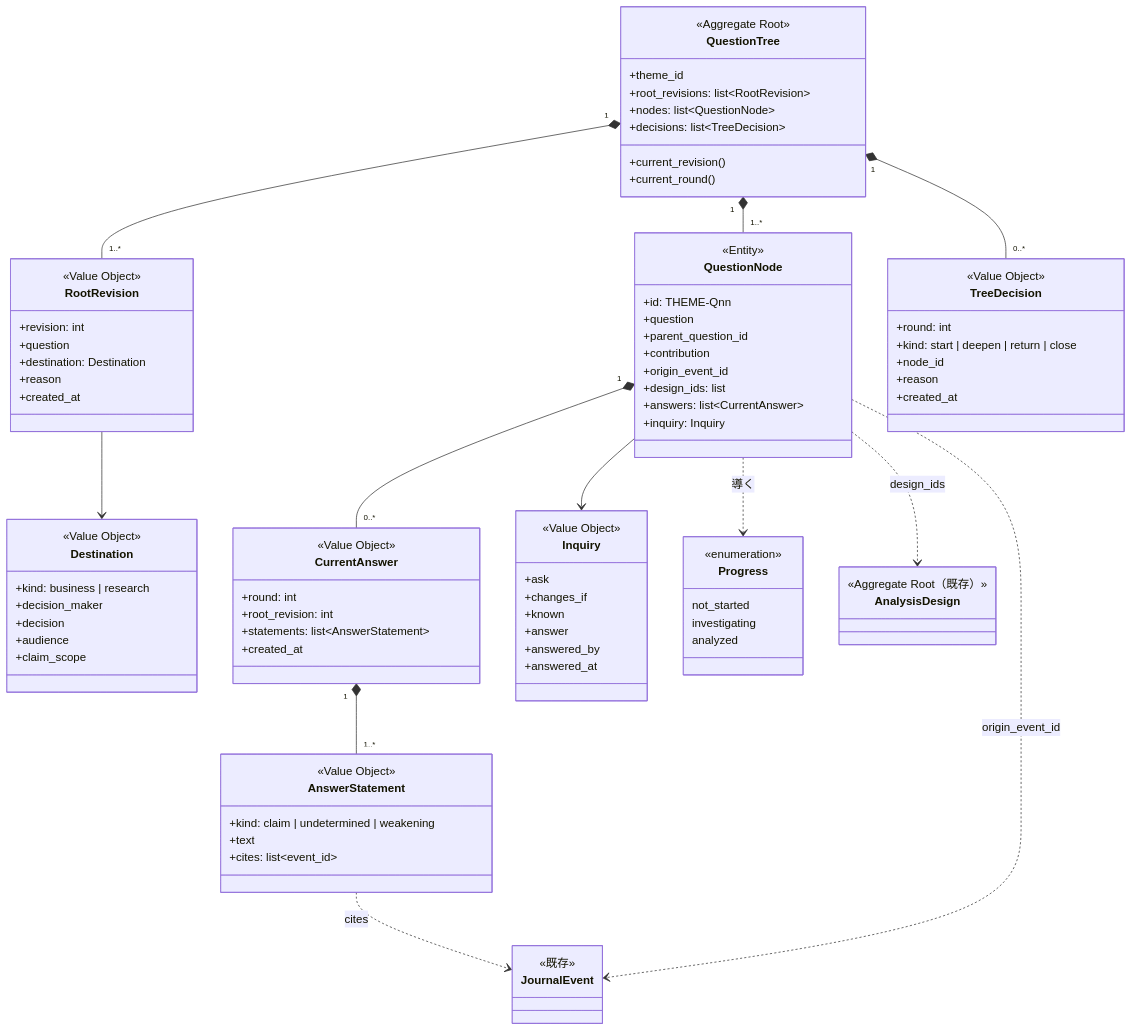
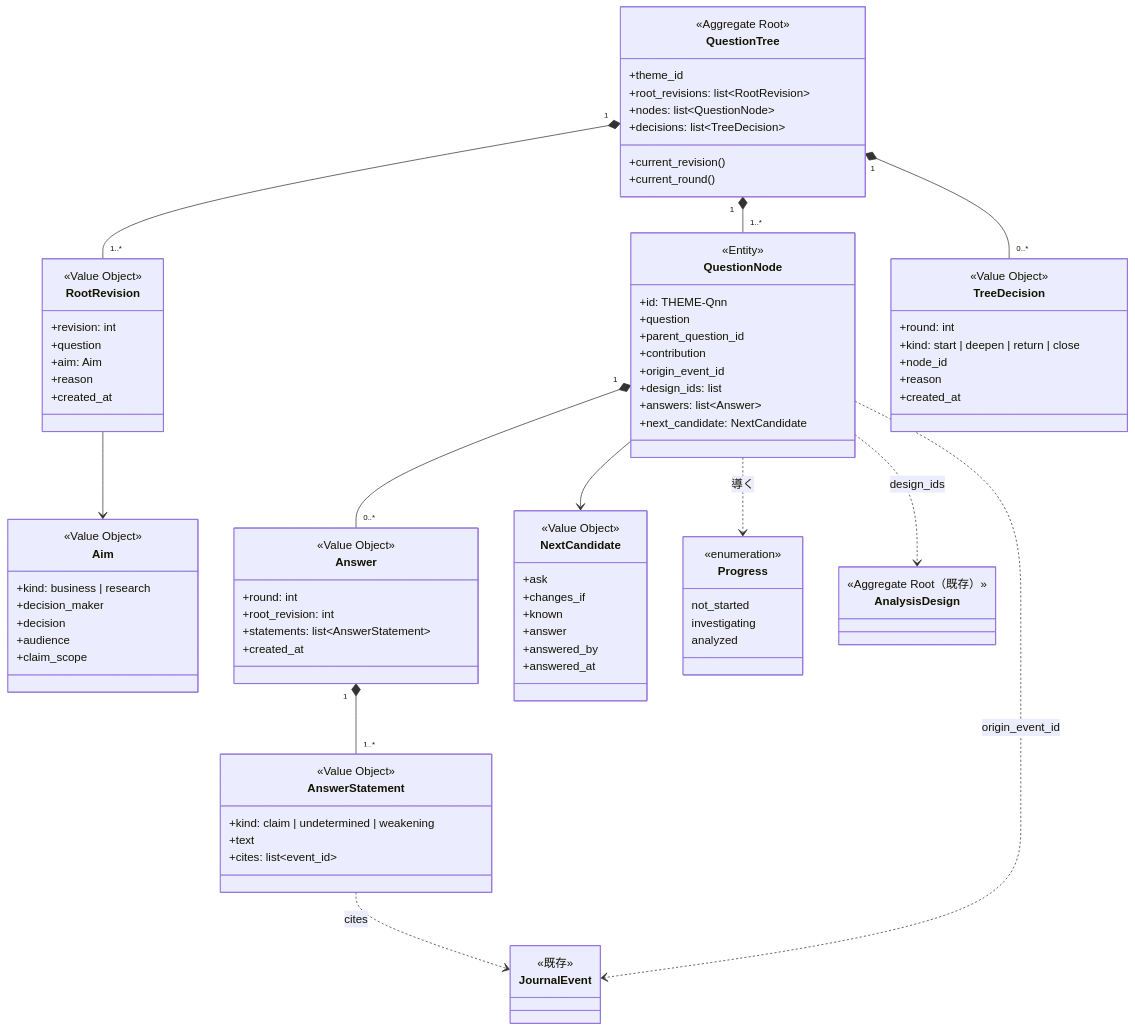
Before and after one commit to etoyama/insight-blueprint-skills: the second of 3 diagrams in docs/design/epic-18-question-tree.md, drawn with Mermaid. The commit also changed other lines of this file and 13 other files, not shown here.

```diff
--- a/docs/design/epic-18-question-tree.md
+++ b/docs/design/epic-18-question-tree.md
@@ -226,11 +230,11 @@
         <<Value Object>>
         +revision: int
         +question
-        +destination: Destination
+        +aim: Aim
         +reason
         +created_at
     }
-    class Destination {
+    class Aim {
         <<Value Object>>
         +kind: business | research
         +decision_maker
@@ -246,10 +250,10 @@
         +contribution
         +origin_event_id
         +design_ids: list
-        +answers: list~CurrentAnswer~
-        +inquiry: Inquiry
+        +answers: list~Answer~
+        +next_candidate: NextCandidate
     }
-    class CurrentAnswer {
+    class Answer {
         <<Value Object>>
         +round: int
         +root_revision: int
@@ -262,7 +266,7 @@
         +text
         +cites: list~event_id~
     }
-    class Inquiry {
+    class NextCandidate {
         <<Value Object>>
         +ask
         +changes_if
@@ -295,10 +299,10 @@
     QuestionTree "1" *-- "1..*" RootRevision
     QuestionTree "1" *-- "1..*" QuestionNode
     QuestionTree "1" *-- "0..*" TreeDecision
-    RootRevision --> Destination
-    QuestionNode "1" *-- "0..*" CurrentAnswer
-    QuestionNode --> Inquiry
-    CurrentAnswer "1" *-- "1..*" AnswerStatement
+    RootRevision --> Aim
+    QuestionNode "1" *-- "0..*" Answer
+    QuestionNode --> NextCandidate
+    Answer "1" *-- "1..*" AnswerStatement
     QuestionNode ..> AnalysisDesign : design_ids
     AnswerStatement ..> JournalEvent : cites
     QuestionNode ..> JournalEvent : origin_event_id
```
